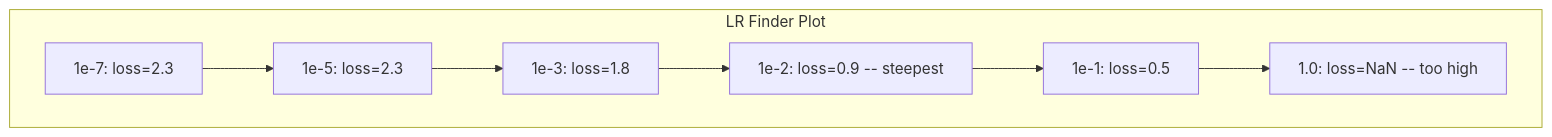
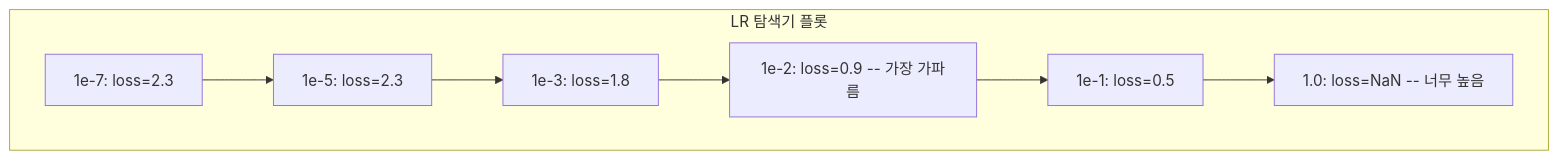
Before and after one commit to ChoBazzi/ai-engineering-from-scratch: the fifth of 5 diagrams in phases/03-deep-learning-core/13-debugging-neural-networks/docs/en.md, drawn with Mermaid. The commit also changed other lines of this file and 868 other files, not shown here.

````diff
--- a/phases/03-deep-learning-core/13-debugging-neural-networks/docs/en.md
+++ b/phases/03-deep-learning-core/13-debugging-neural-networks/docs/en.md
@@ -166,11 +166,11 @@
 ```mermaid
 graph TD
-    subgraph "LR Finder Plot"
+    subgraph "LR 탐색기 플롯"
         direction LR
         A["1e-7: loss=2.3"] --> B["1e-5: loss=2.3"]
         B --> C["1e-3: loss=1.8"]
-        C --> D["1e-2: loss=0.9 -- steepest"]
+        C --> D["1e-2: loss=0.9 -- 가장 가파름"]
         D --> E["1e-1: loss=0.5"]
-        E --> F["1.0: loss=NaN -- too high"]
+        E --> F["1.0: loss=NaN -- 너무 높음"]
     end
 ```
````
